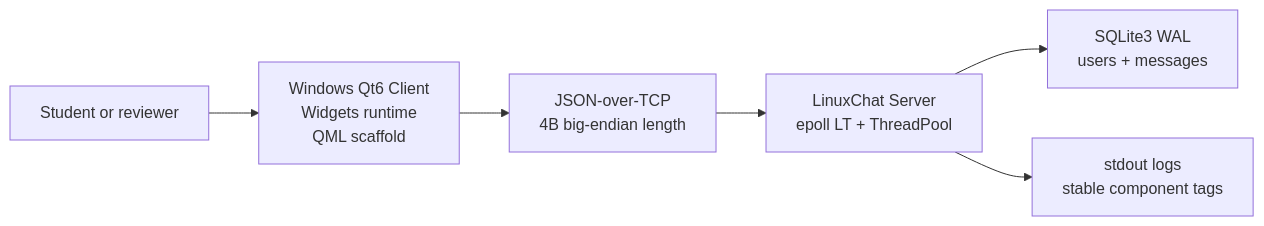
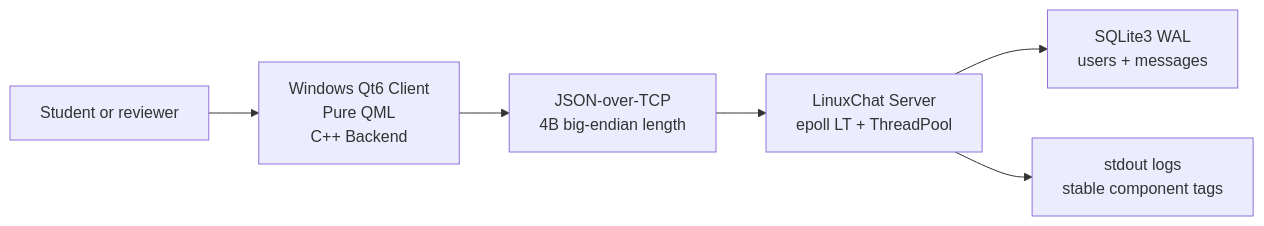
Before and after one commit to Ningbottle/LinuxChat: the first of 4 diagrams in docs/INDEX.md, drawn with Mermaid. The commit also changed other lines of this file and 9 other files, not shown here.

````diff
--- a/docs/INDEX.md
+++ b/docs/INDEX.md
@@ -24,8 +24,8 @@
 ```mermaid
 flowchart LR
-  User["Student or reviewer"] --> Client["Windows Qt6 Client<br/>Widgets runtime<br/>QML scaffold"]
+  User["Student or reviewer"] --> Client["Windows Qt6 Client<br/>Pure QML<br/>C++ Backend"]
   Client --> Protocol["JSON-over-TCP<br/>4B big-endian length"]
   Protocol --> Server["LinuxChat Server<br/>epoll LT + ThreadPool"]
   Server --> Database["SQLite3 WAL<br/>users + messages"]
   Server --> Logs["stdout logs<br/>stable component tags"]
 ```
````
